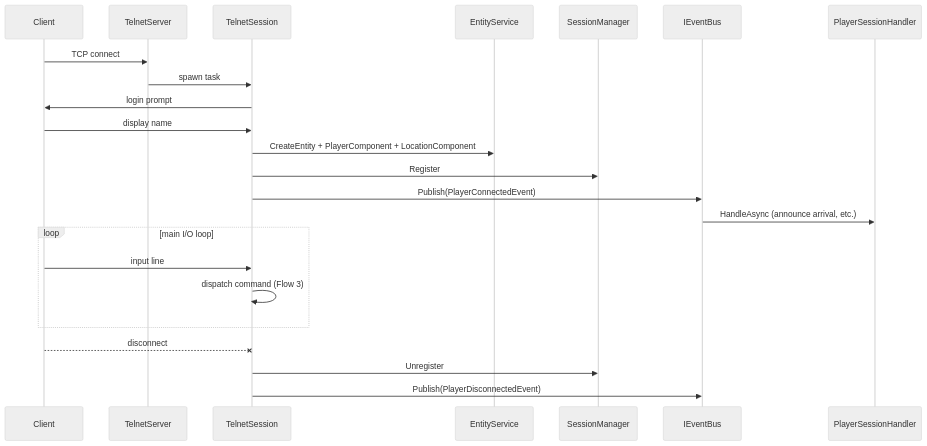
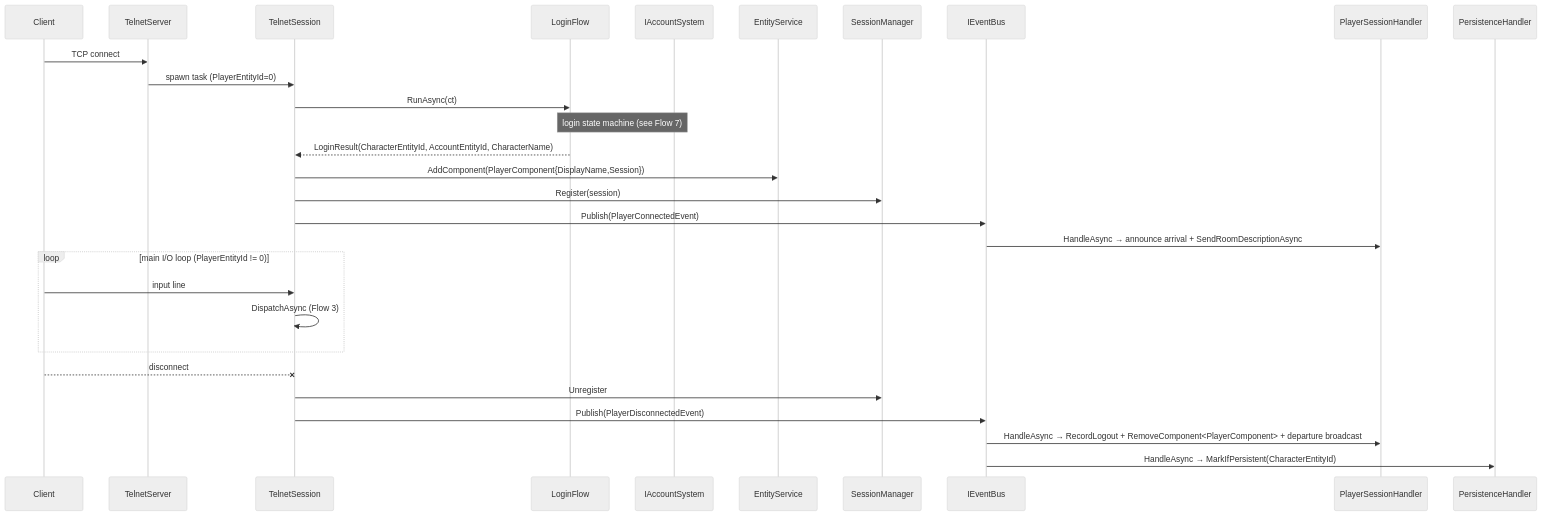
One commit to dmbyer/Hedron changed the second of 7 diagrams in docs/architecture/06-flows.md. Above: the diagram before and after it, drawn with Mermaid (neutral theme). The commit also changed other lines of this file and 30 other files, not shown here.

First line of the commit message:
Phase 3 slice 5: account / character creation (#73)

````diff
--- a/docs/architecture/06-flows.md
+++ b/docs/architecture/06-flows.md
@@ -90,26 +93,32 @@
 ```mermaid
 sequenceDiagram
     participant Client
     participant TS as TelnetServer
     participant Sess as TelnetSession
+    participant LF as LoginFlow
+    participant AccSys as IAccountSystem
     participant ES as EntityService
     participant SM as SessionManager
     participant Bus as IEventBus
     participant PSH as PlayerSessionHandler
+    participant PH as PersistenceHandler
 
     Client->>TS: TCP connect
-    TS->>Sess: spawn task
-    Sess->>Client: login prompt
-    Client->>Sess: display name
-    Sess->>ES: CreateEntity + PlayerComponent + LocationComponent
-    Sess->>SM: Register
+    TS->>Sess: spawn task (PlayerEntityId=0)
+    Sess->>LF: RunAsync(ct)
+    Note over LF,AccSys: login state machine (see Flow 7)
+    LF-->>Sess: LoginResult(CharacterEntityId, AccountEntityId, CharacterName)
+    Sess->>ES: AddComponent(PlayerComponent{DisplayName,Session})
+    Sess->>SM: Register(session)
     Sess->>Bus: Publish(PlayerConnectedEvent)
-    Bus->>PSH: HandleAsync (announce arrival, etc.)
-    loop main I/O loop
+    Bus->>PSH: HandleAsync → announce arrival + SendRoomDescriptionAsync
+    loop main I/O loop (PlayerEntityId != 0)
         Client->>Sess: input line
-        Sess->>Sess: dispatch command (Flow 3)
+        Sess->>Sess: DispatchAsync (Flow 3)
     end
     Client--xSess: disconnect
     Sess->>SM: Unregister
     Sess->>Bus: Publish(PlayerDisconnectedEvent)
+    Bus->>PSH: HandleAsync → RecordLogout + RemoveComponent<PlayerComponent> + departure broadcast
+    Bus->>PH: HandleAsync → MarkIfPersistent(CharacterEntityId)
 ```
````
